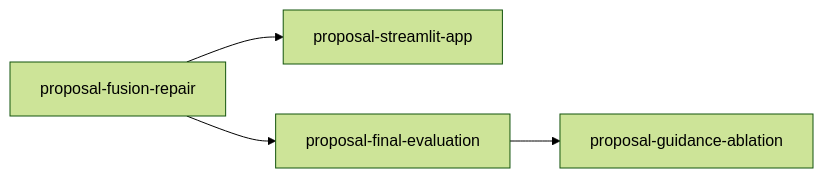
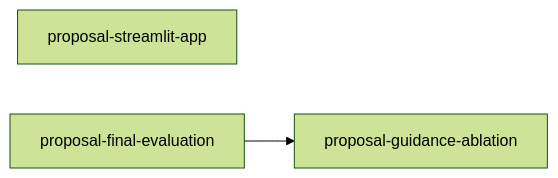
The diagram in tasks/proposal-index.md (joe-dartmouth/synthetic), drawn with Mermaid (forest theme) before and after one commit. The commit also changed other lines of this file and 43 other files, not shown here.

First line of the commit message:
Fuse validated records and measure gap closure (proposal-fusion-repair) (#18)

````diff
--- a/tasks/proposal-index.md
+++ b/tasks/proposal-index.md
@@ -18,6 +17,5 @@
 ```mermaid
 flowchart LR
-    fusion_repair[proposal-fusion-repair] --> streamlit_app[proposal-streamlit-app]
-    fusion_repair[proposal-fusion-repair] --> final_evaluation[proposal-final-evaluation]
+    streamlit_app[proposal-streamlit-app]
     final_evaluation[proposal-final-evaluation] --> guidance_ablation[proposal-guidance-ablation]
 ```
````
